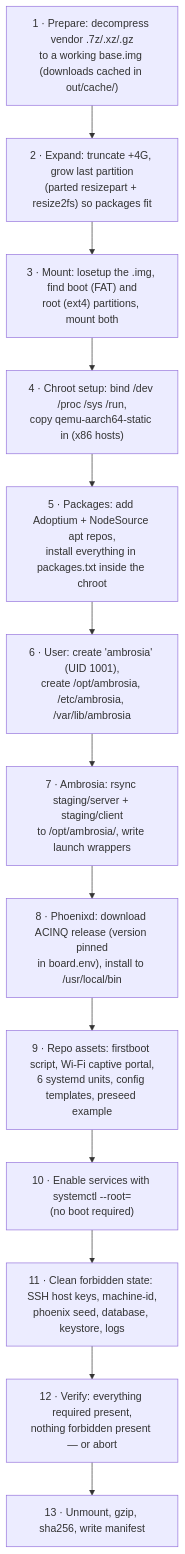
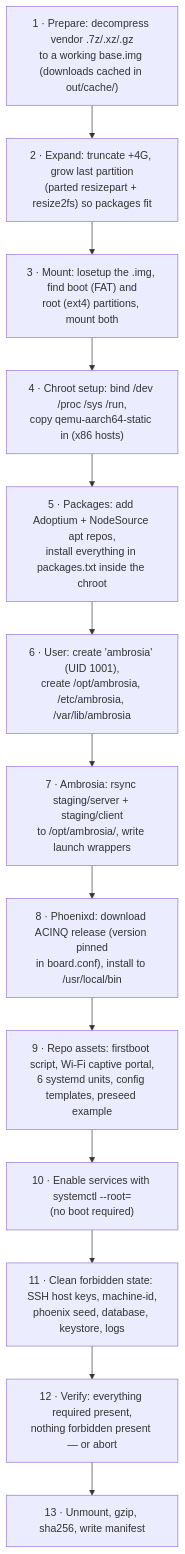
One commit to Sharmaz/ambrosia changed the third of 4 diagrams in hardware/image/HOW-IT-WORKS.md. Above: the diagram before and after it, drawn with Mermaid. The commit also changed other lines of this file and 4 other files, not shown here.

Commit message:
refactor(hardware): use board.conf for board configuration

````diff
--- a/hardware/image/HOW-IT-WORKS.md
+++ b/hardware/image/HOW-IT-WORKS.md
@@ -95,18 +95,18 @@
 ```mermaid
 flowchart TD
     P["1 · Prepare: decompress vendor .7z/.xz/.gz\nto a working base.img (downloads cached in out/cache/)"]
     E["2 · Expand: truncate +4G, grow last partition\n(parted resizepart + resize2fs) so packages fit"]
     M["3 · Mount: losetup the .img, find boot (FAT) and\nroot (ext4) partitions, mount both"]
     CH["4 · Chroot setup: bind /dev /proc /sys /run,\ncopy qemu-aarch64-static in (x86 hosts)"]
     PK["5 · Packages: add Adoptium + NodeSource apt repos,\ninstall everything in packages.txt inside the chroot"]
     U["6 · User: create 'ambrosia' (UID 1001),\ncreate /opt/ambrosia, /etc/ambrosia, /var/lib/ambrosia"]
     AR["7 · Ambrosia: rsync staging/server + staging/client\nto /opt/ambrosia/, write launch wrappers"]
-    PH["8 · Phoenixd: download ACINQ release (version pinned\nin board.env), install to /usr/local/bin"]
+    PH["8 · Phoenixd: download ACINQ release (version pinned\nin board.conf), install to /usr/local/bin"]
     AS["9 · Repo assets: firstboot script, Wi-Fi captive portal,\n6 systemd units, config templates, preseed example"]
     EN["10 · Enable services with systemctl --root=\n(no boot required)"]
     CL["11 · Clean forbidden state: SSH host keys, machine-id,\nphoenix seed, database, keystore, logs"]
     V["12 · Verify: everything required present,\nnothing forbidden present — or abort"]
     O["13 · Unmount, gzip, sha256, write manifest"]
 
     P --> E --> M --> CH --> PK --> U --> AR --> PH --> AS --> EN --> CL --> V --> O
 ```
````
